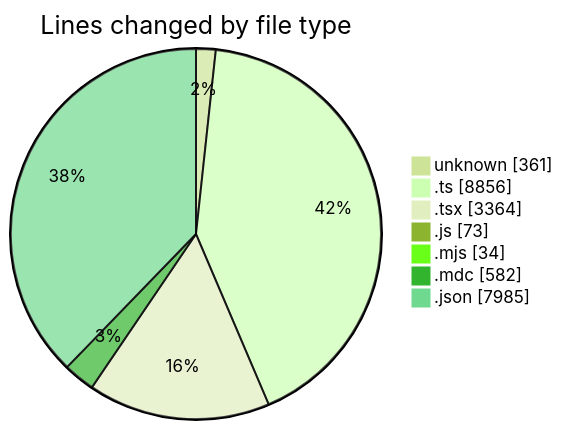
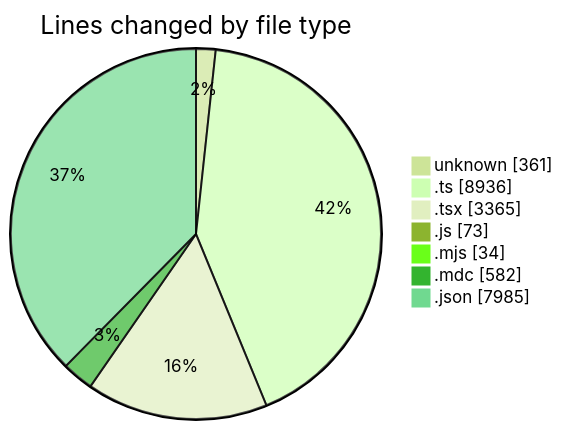
One commit to CELIANVF/code-tracking changed the first of 2 diagrams in 2025-06-13/ecodeli-1/README.md. Above: the diagram before and after it, drawn with Mermaid (forest theme). The commit also changed other lines of this file and 1 other file, not shown here.

````diff
--- a/2025-06-13/ecodeli-1/README.md
+++ b/2025-06-13/ecodeli-1/README.md
@@ -46,11 +46,11 @@
 ```mermaid
 pie showData
 title Lines changed by file type
 "unknown" : 361
-".ts" : 8856
-".tsx" : 3364
+".ts" : 8936
+".tsx" : 3365
 ".js" : 73
 ".mjs" : 34
 ".mdc" : 582
 ".json" : 7985
 ```
````
